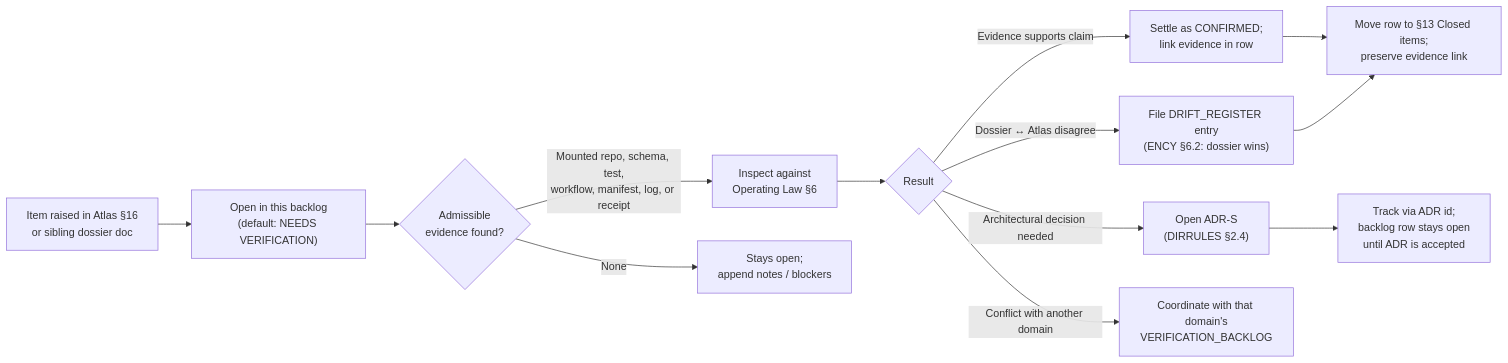
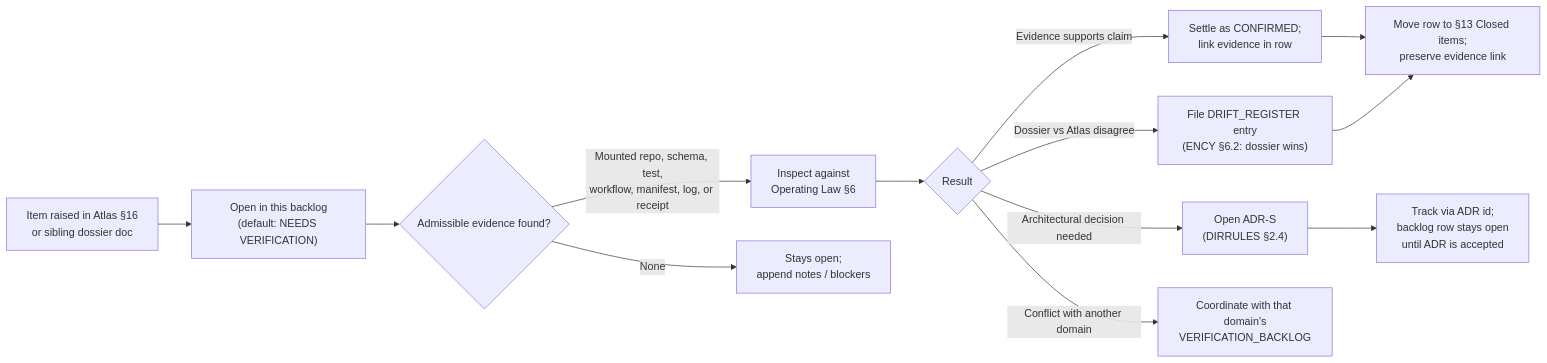
The diagram in docs/domains/people-dna-land/VERIFICATION_BACKLOG.md (bartytime4life/Kansas-Frontier-Matrix), drawn with Mermaid before and after one commit. The commit also changed other lines of this file, not shown here.

````diff
--- a/docs/domains/people-dna-land/VERIFICATION_BACKLOG.md
+++ b/docs/domains/people-dna-land/VERIFICATION_BACKLOG.md
@@ -107,15 +119,15 @@
 ```mermaid
 flowchart LR
     A["Item raised in Atlas §16<br/>or sibling dossier doc"] --> B["Open in this backlog<br/>(default: NEEDS VERIFICATION)"]
-    B --> C{Admissible<br/>evidence found?}
+    B --> C{"Admissible evidence found?"}
     C -->|"Mounted repo, schema, test,<br/>workflow, manifest, log, or receipt"| D["Inspect against<br/>Operating Law §6"]
-    C -->|None| E["Stays open;<br/>append notes / blockers"]
-    D --> F{Result}
+    C -->|"None"| E["Stays open;<br/>append notes / blockers"]
+    D --> F{"Result"}
     F -->|"Evidence supports claim"| G["Settle as CONFIRMED;<br/>link evidence in row"]
-    F -->|"Dossier ↔ Atlas disagree"| H["File DRIFT_REGISTER entry<br/>(ENCY §6.2: dossier wins)"]
+    F -->|"Dossier vs Atlas disagree"| H["File DRIFT_REGISTER entry<br/>(ENCY §6.2: dossier wins)"]
     F -->|"Architectural decision needed"| I["Open ADR-S<br/>(DIRRULES §2.4)"]
     F -->|"Conflict with another domain"| J["Coordinate with that domain's<br/>VERIFICATION_BACKLOG"]
     G --> K["Move row to §13 Closed items;<br/>preserve evidence link"]
     H --> K
     I --> L["Track via ADR id;<br/>backlog row stays open<br/>until ADR is accepted"]
 ```
````
